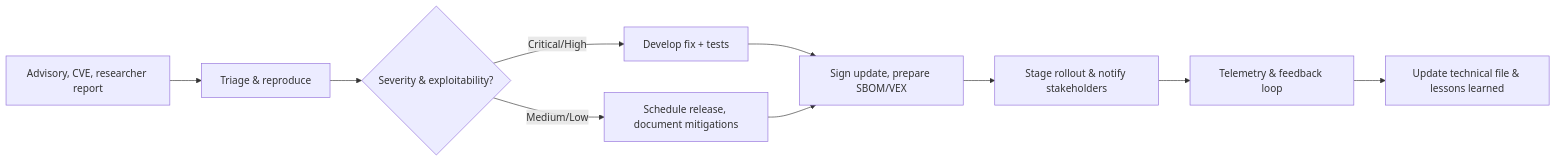
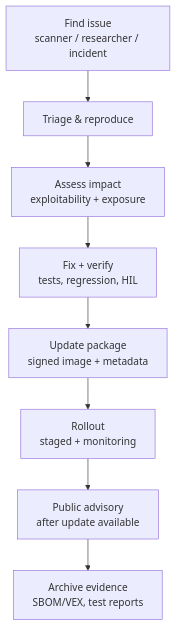
One commit to Ac6Embedded/apollo-docs changed the third of 5 diagrams in docs/security/cra/fundamental-security-requirements.md. Above: the diagram before and after it, drawn with Mermaid. The commit also changed other lines of this file and 140 other files, not shown here.

Commit message:
Prune unused sections and locales; focus navigation on CRA Refine CRA content formatting: diagrams, footnotes, references Update Docusaurus config and dependencies

````diff
--- a/docs/security/cra/fundamental-security-requirements.md
+++ b/docs/security/cra/fundamental-security-requirements.md
@@ -75,12 +230,10 @@
 ```mermaid
-flowchart LR
-    Input[Advisory, CVE, researcher report] --> Triage[Triage & reproduce]
-    Triage --> Risk{Severity & exploitability?}
-    Risk -- Critical/High --> Patch[Develop fix + tests]
-    Risk -- Medium/Low --> Plan[Schedule release, document mitigations]
-    Patch --> Sign[Sign update, prepare SBOM/VEX]
-    Plan --> Sign
-    Sign --> Release[Stage rollout & notify stakeholders]
-    Release --> Monitor[Telemetry & feedback loop]
-    Monitor --> Archive[Update technical file & lessons learned]
+flowchart TD
+  A[Find issue<br/>scanner / researcher / incident] --> B[Triage & reproduce]
+  B --> C[Assess impact<br/>exploitability + exposure]
+  C --> D[Fix + verify<br/>tests, regression, HIL]
+  D --> E[Update package<br/>signed image + metadata]
+  E --> F[Rollout<br/>staged + monitoring]
+  F --> G[Public advisory<br/>after update available]
+  G --> H[Archive evidence<br/>SBOM/VEX, test reports]
 ```
````
